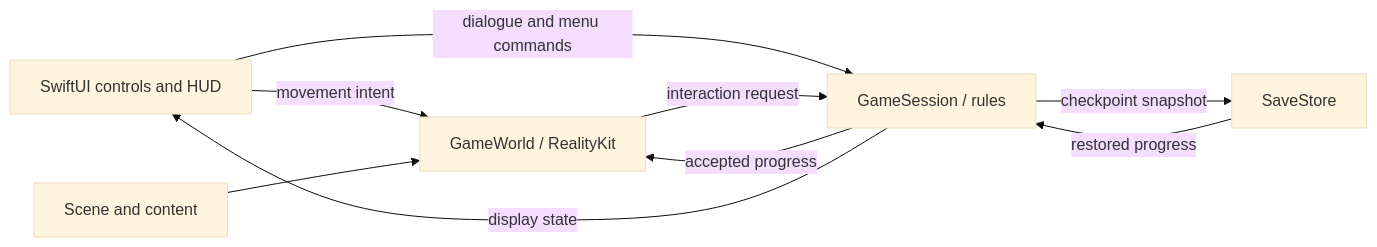
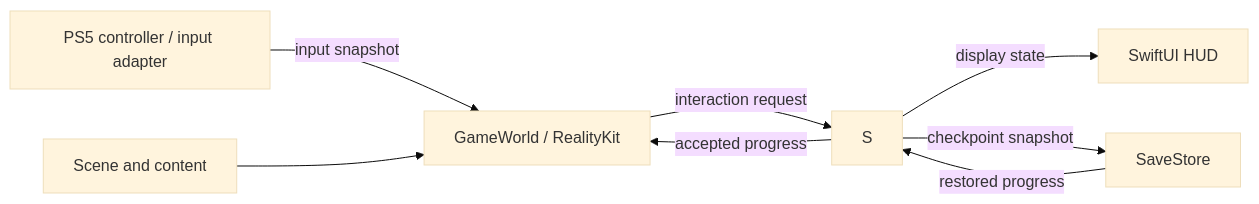
One commit to RonildoBraga/lauder changed the diagram in docs/architecture.md. Above: the diagram before and after it, drawn with Mermaid (base theme). The commit also changed other lines of this file and 9 other files, not shown here.

````diff
--- a/docs/architecture.md
+++ b/docs/architecture.md
@@ -60,11 +60,11 @@
 ```mermaid
 flowchart LR
-    UI["SwiftUI controls and HUD"] -->|movement intent| W["GameWorld / RealityKit"]
-    UI -->|dialogue and menu commands| S["GameSession / rules"]
+    I["PS5 controller / input adapter"] -->|input snapshot| W["GameWorld / RealityKit"]
+    UI["SwiftUI HUD"]
     W -->|interaction request| S
     S -->|accepted progress| W
     S -->|display state| UI
     S -->|checkpoint snapshot| P["SaveStore"]
     P -->|restored progress| S
     C["Scene and content"] --> W
 ```
````
